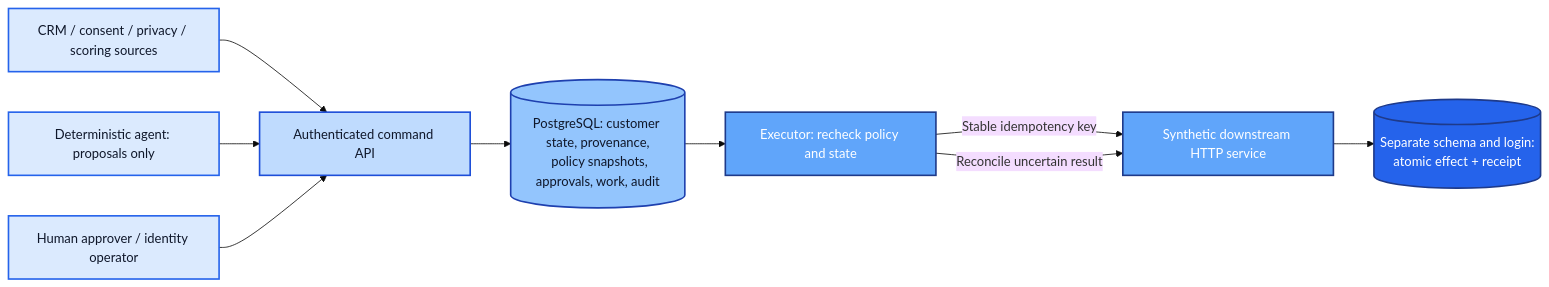
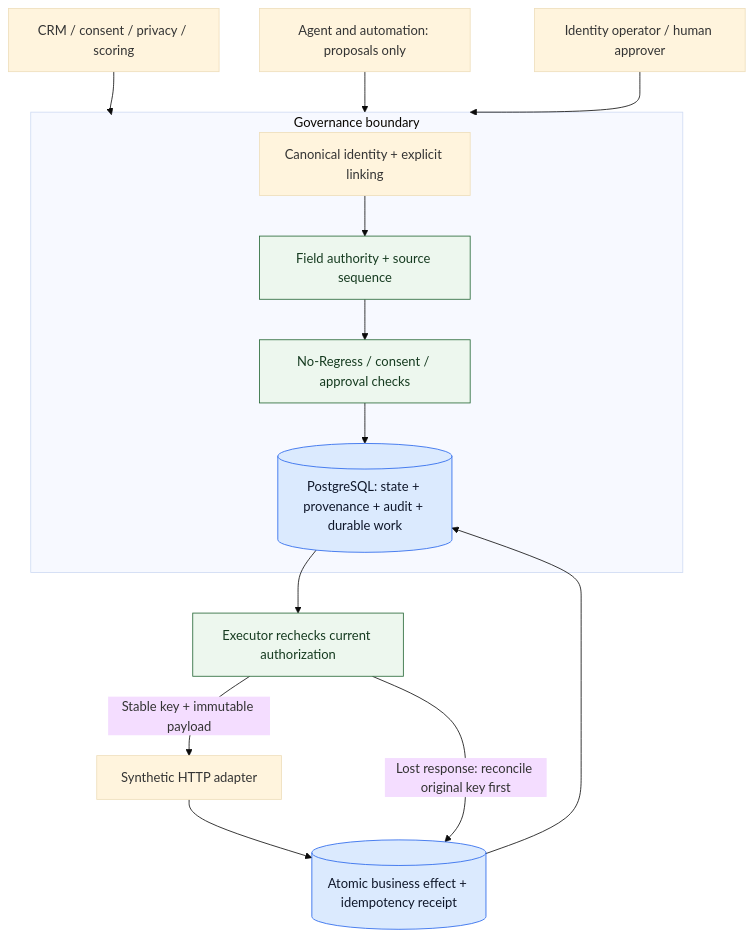
Before and after one commit to rlbsem/enterprise-martech-ai-control-plane: the diagram in README.md, drawn with Mermaid (base theme). The commit also changed other lines of this file, not shown here.

Commit message:
Lead README with auditable visual proof and clarify execution boundaries

````diff
--- a/README.md
+++ b/README.md
@@ -11,25 +11,20 @@
 ```mermaid
-flowchart LR
-  S[CRM / consent / privacy / scoring sources] --> API[Authenticated command API]
-  A[Deterministic agent: proposals only] --> API
-  H[Human approver / identity operator] --> API
-  API --> P[(PostgreSQL: customer state, provenance,
-  policy snapshots, approvals, work, audit)]
-  P --> W[Executor: recheck policy and state]
-  W -->|Stable idempotency key| R[Synthetic downstream HTTP service]
-  W -->|Reconcile uncertain result| R
-  R --> E[(Separate schema and login:
-  atomic effect + receipt)]
-
-  classDef input fill:#dbeafe,stroke:#2563eb,color:#0f172a,stroke-width:2px;
-  classDef foundation fill:#bfdbfe,stroke:#1d4ed8,color:#0f172a,stroke-width:2px;
-  classDef process fill:#93c5fd,stroke:#1e40af,color:#0f172a,stroke-width:2px;
-  classDef control fill:#60a5fa,stroke:#1e3a8a,color:#ffffff,stroke-width:2px;
-  classDef output fill:#2563eb,stroke:#1e3a8a,color:#ffffff,stroke-width:2px;
-
-  class S,A,H input;
-  class API foundation;
-  class P process;
-  class W,R control;
-  class E output;
+flowchart TB
+  S[CRM / consent / privacy / scoring] --> C
+  A[Agent and automation: proposals only] --> C
+  H[Identity operator / human approver] --> C
+  subgraph C[Governance boundary]
+    I[Canonical identity + explicit linking] --> P[Field authority + source sequence]
+    P --> N[No-Regress / consent / approval checks]
+    N --> D[(PostgreSQL: state + provenance + audit + durable work)]
+  end
+  D --> W[Executor rechecks current authorization]
+  W -->|Stable key + immutable payload| R[Synthetic HTTP adapter]
+  R --> E[(Atomic business effect + idempotency receipt)]
+  W -->|Lost response: reconcile original key first| E
+  E --> D
+  classDef durable fill:#dbeafe,stroke:#2563eb,color:#0f172a;
+  classDef guard fill:#edf7ee,stroke:#246634,color:#163b20;
+  class D,E durable;
+  class P,N,W guard;
 ```
````
